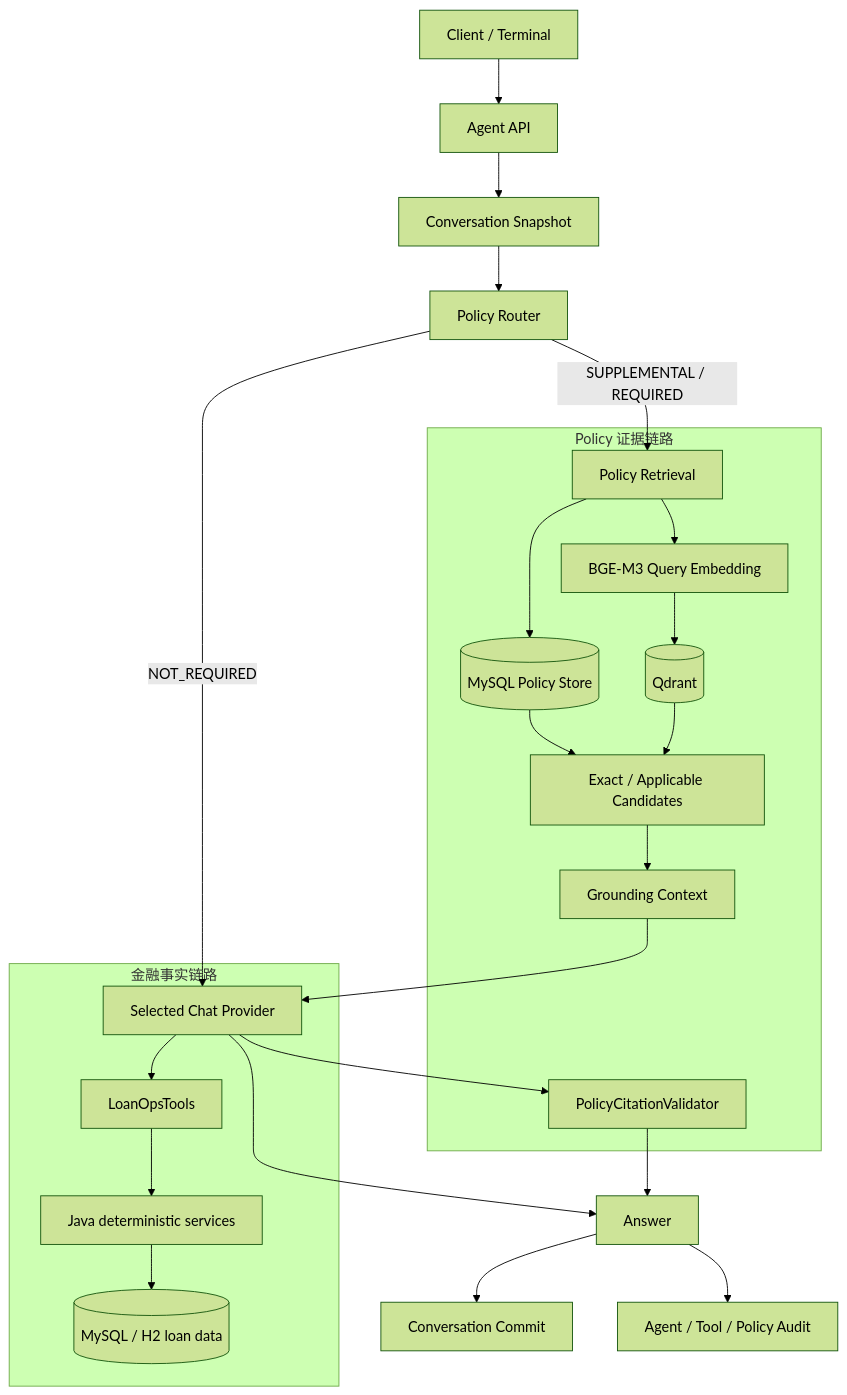
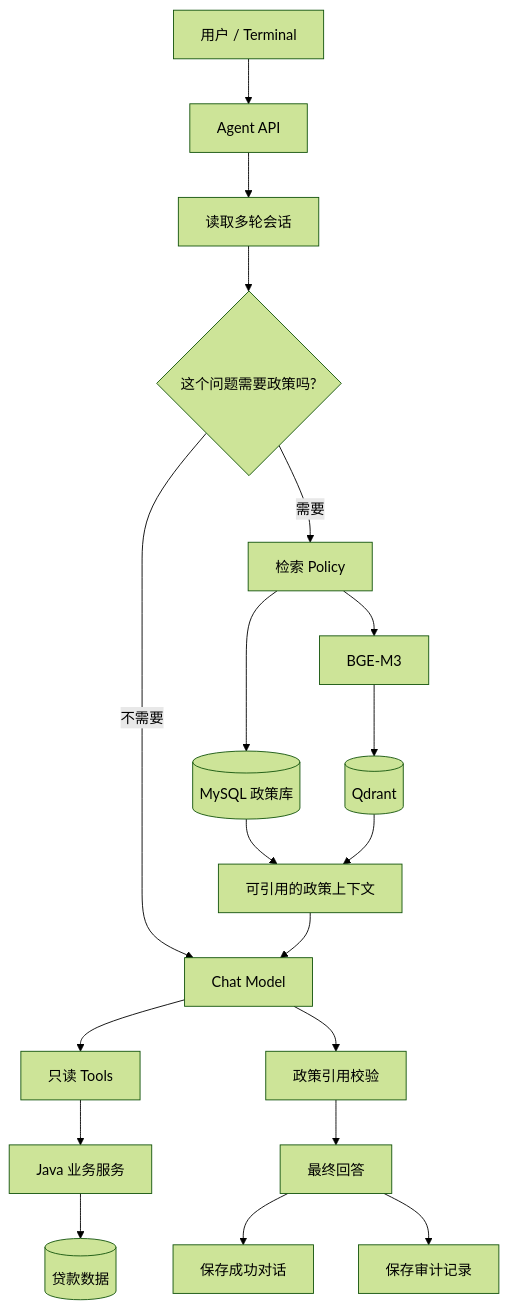
One commit to liandongjie/loanops-agent changed the diagram in docs/ARCHITECTURE.md. Above: the diagram before and after it, drawn with Mermaid (forest theme). The commit also changed other lines of this file and 8 other files, not shown here.

````diff
--- a/docs/ARCHITECTURE.md
+++ b/docs/ARCHITECTURE.md
@@ -22,31 +20,25 @@
 ```mermaid
 flowchart TD
-    Client[Client / Terminal] --> API[Agent API]
-    API --> Snapshot[Conversation Snapshot]
-    Snapshot --> Router[Policy Router]
+    Client[用户 / Terminal] --> API[Agent API]
+    API --> History[读取多轮会话]
+    History --> Router{这个问题需要政策吗?}
 
-    Router -->|NOT_REQUIRED| Model[Selected Chat Provider]
-    Router -->|SUPPLEMENTAL / REQUIRED| Policy[Policy Retrieval]
+    Router -->|不需要| Model[Chat Model]
+    Router -->|需要| Policy[检索 Policy]
 
-    subgraph FinancialFacts[金融事实链路]
-        Model --> Tools[LoanOpsTools]
-        Tools --> Service[Java deterministic services]
-        Service --> LoanDB[(MySQL / H2 loan data)]
-    end
+    Model --> Tools[只读 Tools]
+    Tools --> Service[Java 业务服务]
+    Service --> LoanDB[(贷款数据)]
 
-    subgraph PolicyEvidence[Policy 证据链路]
-        Policy --> PolicyDB[(MySQL Policy Store)]
-        Policy --> Embed[BGE-M3 Query Embedding]
-        Embed --> Qdrant[(Qdrant)]
-        PolicyDB --> Retrieve[Exact / Applicable Candidates]
-        Qdrant --> Retrieve
-        Retrieve --> Context[Grounding Context]
-        Context --> Model
-        Model --> Citation[PolicyCitationValidator]
-    end
+    Policy --> PolicyDB[(MySQL 政策库)]
+    Policy --> Embed[BGE-M3]
+    Embed --> Qdrant[(Qdrant)]
+    PolicyDB --> Context[可引用的政策上下文]
+    Qdrant --> Context
+    Context --> Model
 
-    Model --> Answer[Answer]
-    Citation --> Answer
-    Answer --> Commit[Conversation Commit]
-    Answer --> Audit[Agent / Tool / Policy Audit]
+    Model --> Citation[政策引用校验]
+    Citation --> Answer[最终回答]
+    Answer --> Commit[保存成功对话]
+    Answer --> Audit[保存审计记录]
 ```
````
